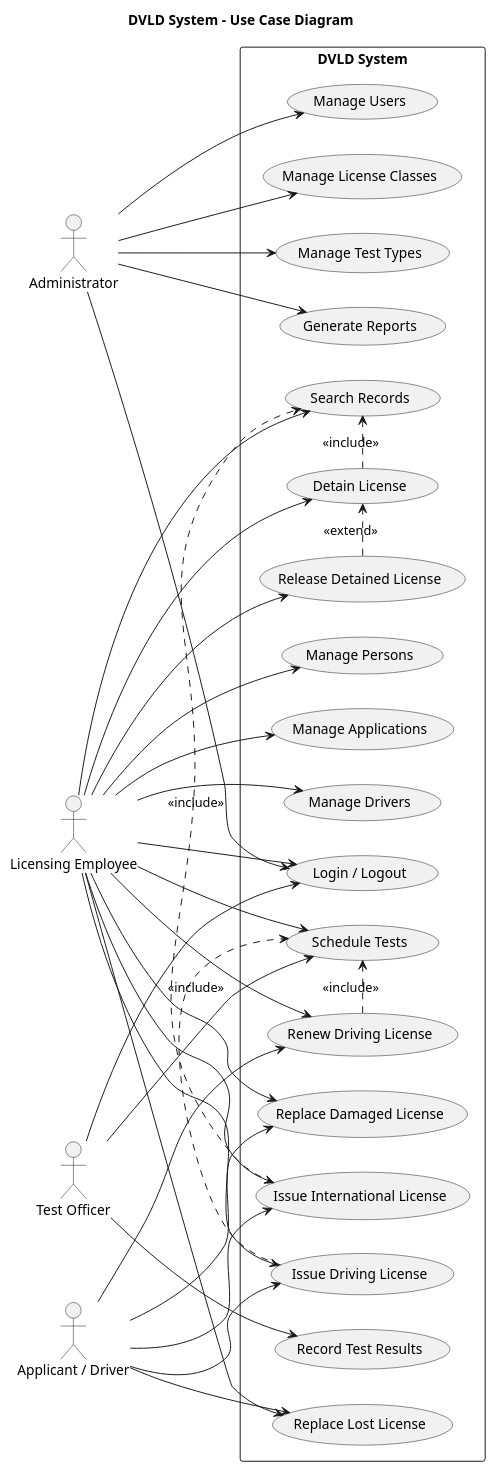
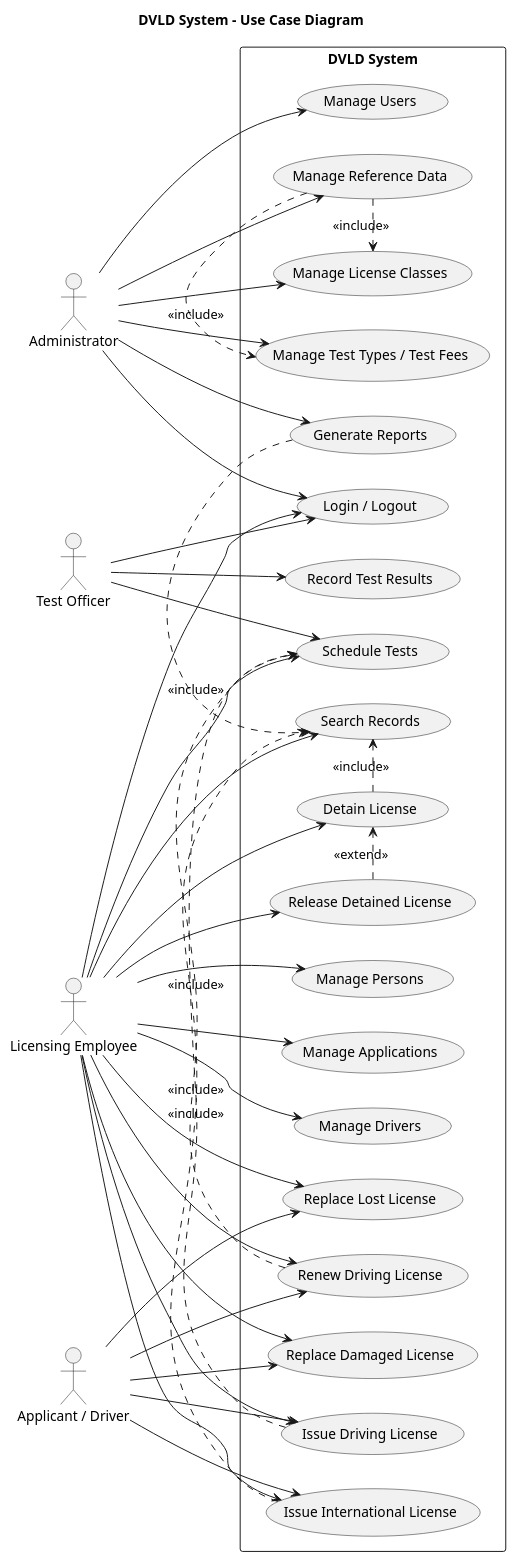
Before and after one commit to anasemadanas/DVLD: the diagram in docs/UML/diagram/use-case-diagram-base.puml, drawn with PlantUML. The commit also changed 198 other files, not shown here.

```diff
--- a/docs/UML/diagram/use-case-diagram-base.puml
+++ b/docs/UML/diagram/use-case-diagram-base.puml
@@ -1,70 +1,75 @@
 @startuml use-case-diagram-base.puml
 title DVLD System - Use Case Diagram
 
 left to right direction
 skinparam shadowing false
 
 actor "Administrator" as Admin
 actor "Licensing Employee" as Employee
 actor "Test Officer" as Officer
 actor "Applicant / Driver" as Driver
 
 rectangle "DVLD System" {
 
   usecase "Manage Users" as UC1
   usecase "Manage Persons" as UC2
   usecase "Manage Applications" as UC3
   usecase "Schedule Tests" as UC4
   usecase "Record Test Results" as UC5
   usecase "Issue Driving License" as UC6
   usecase "Renew Driving License" as UC7
   usecase "Replace Lost License" as UC8
   usecase "Replace Damaged License" as UC9
   usecase "Detain License" as UC10
   usecase "Release Detained License" as UC11
   usecase "Issue International License" as UC12
   usecase "Search Records" as UC13
   usecase "Manage License Classes" as UC14
-  usecase "Manage Test Types" as UC15
+  usecase "Manage Test Types / Test Fees" as UC15
   usecase "Manage Drivers" as UC16
   usecase "Generate Reports" as UC17
   usecase "Login / Logout" as UC18
+  usecase "Manage Reference Data" as UC19
 }
 
 Admin --> UC1
 Admin --> UC14
 Admin --> UC15
 Admin --> UC17
 Admin --> UC18
+Admin --> UC19
 
 Employee --> UC2
 Employee --> UC3
 Employee --> UC4
 Employee --> UC6
 Employee --> UC7
 Employee --> UC8
 Employee --> UC9
 Employee --> UC10
 Employee --> UC11
 Employee --> UC12
 Employee --> UC13
 Employee --> UC16
 Employee --> UC18
 
 Officer --> UC4
 Officer --> UC5
 Officer --> UC18
 
 Driver --> UC6
 Driver --> UC7
 Driver --> UC8
 Driver --> UC9
 Driver --> UC12
 
 UC6 .> UC4 : <<include>>
 UC7 .> UC4 : <<include>>
 UC12 .> UC13 : <<include>>
 UC10 .> UC13 : <<include>>
 UC11 .> UC10 : <<extend>>
+UC19 .> UC14 : <<include>>
+UC19 .> UC15 : <<include>>
+UC17 .> UC13 : <<include>>
 
 @enduml
```
